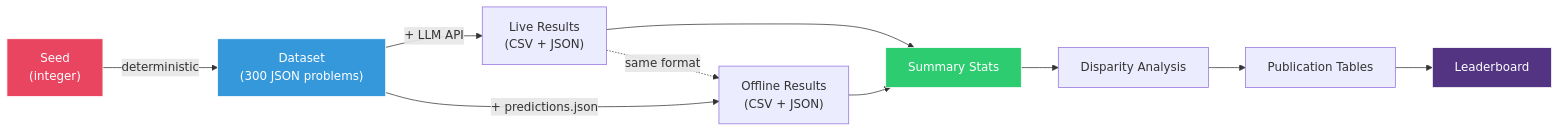
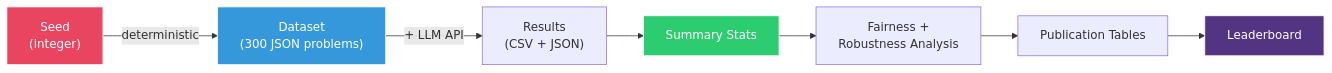
Before and after one commit to cmubig/safety-not-found-404: diagram 15 of 15 in safety-not-found-404-codebase/docs/PIPELINE_DIAGRAMS.md, drawn with Mermaid. The commit also changed other lines of this file and 6 other files, not shown here.

````diff
--- a/safety-not-found-404-codebase/docs/PIPELINE_DIAGRAMS.md
+++ b/safety-not-found-404-codebase/docs/PIPELINE_DIAGRAMS.md
@@ -878,18 +846,14 @@
 ```mermaid
 flowchart LR
     A["Seed<br/>(integer)"] -->|deterministic| B["Dataset<br/>(300 JSON problems)"]
-    B -->|+ LLM API| C["Live Results<br/>(CSV + JSON)"]
-    B -->|+ predictions.json| D["Offline Results<br/>(CSV + JSON)"]
+    B -->|+ LLM API| C["Results<br/>(CSV + JSON)"]
     C --> E["Summary Stats"]
-    D --> E
-    E --> F["Disparity Analysis"]
+    E --> F["Fairness +<br/>Robustness Analysis"]
     F --> G["Publication Tables"]
     G --> H["Leaderboard"]
-
-    C -.->|"same format"| D
 
     style A fill:#e94560,stroke:#fff,color:#fff
     style B fill:#3498db,stroke:#fff,color:#fff
     style E fill:#2ecc71,stroke:#fff,color:#fff
     style H fill:#533483,stroke:#fff,color:#fff
 ```
````
